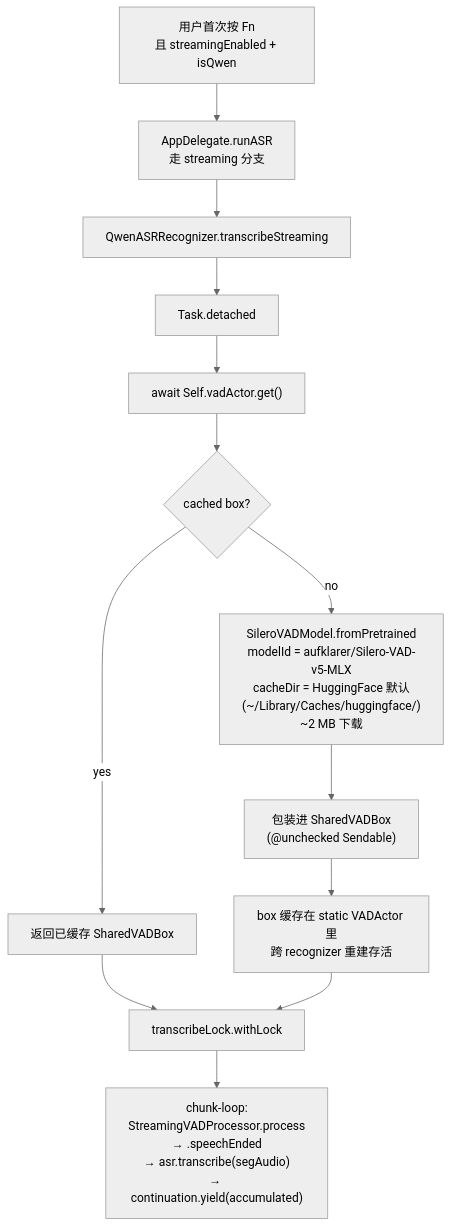
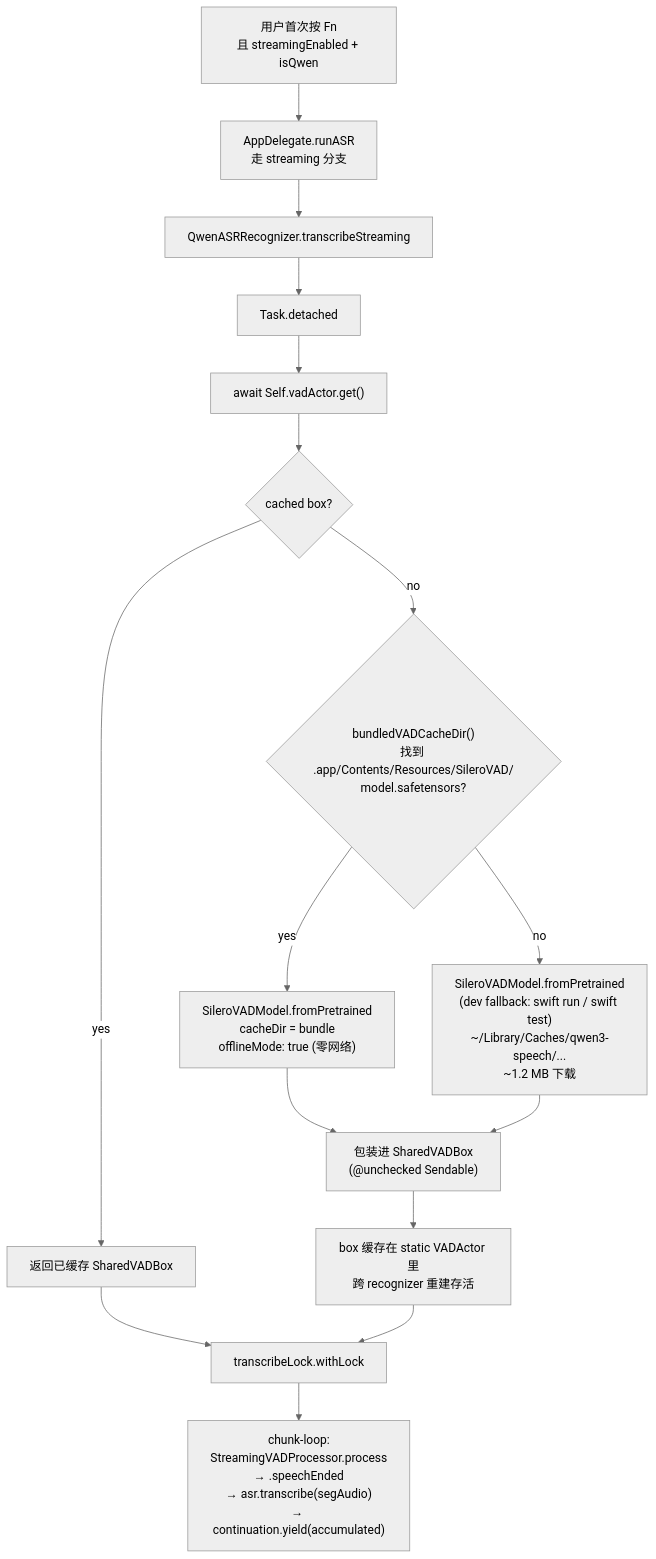
The fourth of 5 diagrams in docs/architecture.md (016hiro/voice_typing), drawn with Mermaid (neutral theme) before and after one commit. The commit also changed other lines of this file and 17 other files, not shown here.

First line of the commit message:
v0.4.4 VAD bundle + capsule cleanup + refine default Off + dev mode

````diff
--- a/docs/architecture.md
+++ b/docs/architecture.md
@@ -272,15 +272,18 @@
 ```mermaid
 flowchart TD
     FirstStream["用户首次按 Fn<br/>且 streamingEnabled + isQwen"] --> RunASR["AppDelegate.runASR<br/>走 streaming 分支"]
     RunASR --> CallStream["QwenASRRecognizer.transcribeStreaming"]
     CallStream --> Detach["Task.detached"]
     Detach --> VadGet["await Self.vadActor.get()"]
     VadGet --> VadCheck{"cached box?"}
     VadCheck -- yes --> Reuse["返回已缓存 SharedVADBox"]
-    VadCheck -- no --> VadLoad["SileroVADModel.fromPretrained<br/>modelId = aufklarer/Silero-VAD-v5-MLX<br/>cacheDir = HuggingFace 默认<br/>(~/Library/Caches/huggingface/)<br/>~2 MB 下载"]
-    VadLoad --> Wrap["包装进 SharedVADBox<br/>(@unchecked Sendable)"]
+    VadCheck -- no --> BundleCheck{"bundledVADCacheDir()<br/>找到 .app/Contents/Resources/SileroVAD/<br/>model.safetensors?"}
+    BundleCheck -- yes --> VadBundled["SileroVADModel.fromPretrained<br/>cacheDir = bundle<br/>offlineMode: true (零网络)"]
+    BundleCheck -- no --> VadLoad["SileroVADModel.fromPretrained<br/>(dev fallback: swift run / swift test)<br/>~/Library/Caches/qwen3-speech/...<br/>~1.2 MB 下载"]
+    VadBundled --> Wrap["包装进 SharedVADBox<br/>(@unchecked Sendable)"]
+    VadLoad --> Wrap
     Wrap --> Stash["box 缓存在 static VADActor 里<br/>跨 recognizer 重建存活"]
     Reuse --> Lock["transcribeLock.withLock"]
     Stash --> Lock
     Lock --> Loop["chunk-loop:<br/>StreamingVADProcessor.process<br/>→ .speechEnded<br/>→ asr.transcribe(segAudio)<br/>→ continuation.yield(accumulated)"]
 ```
````
